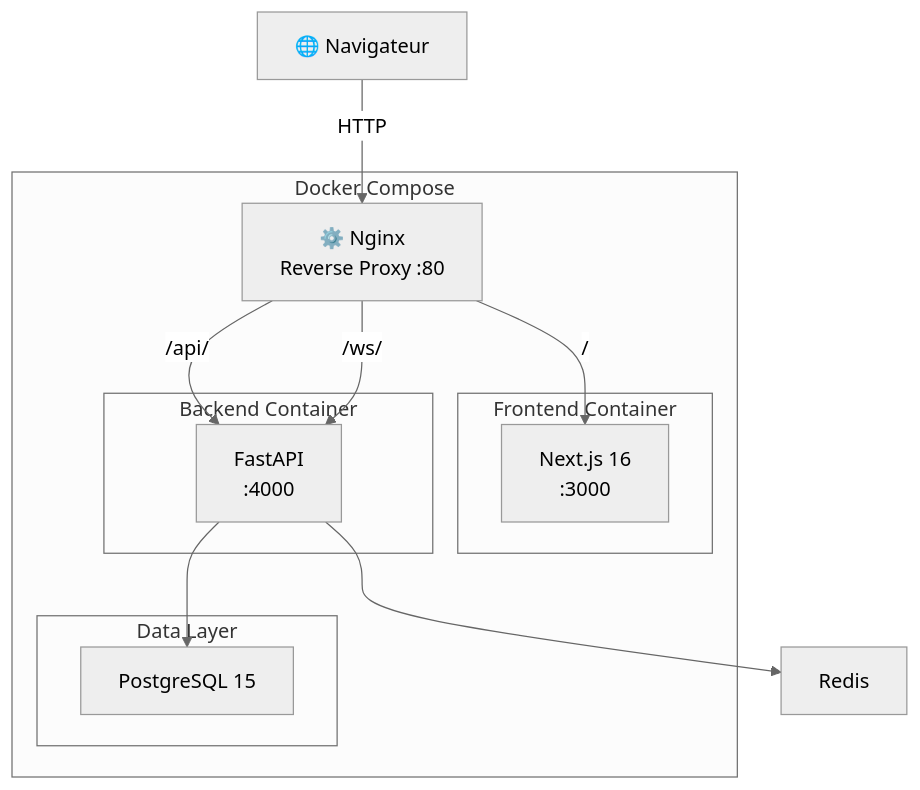
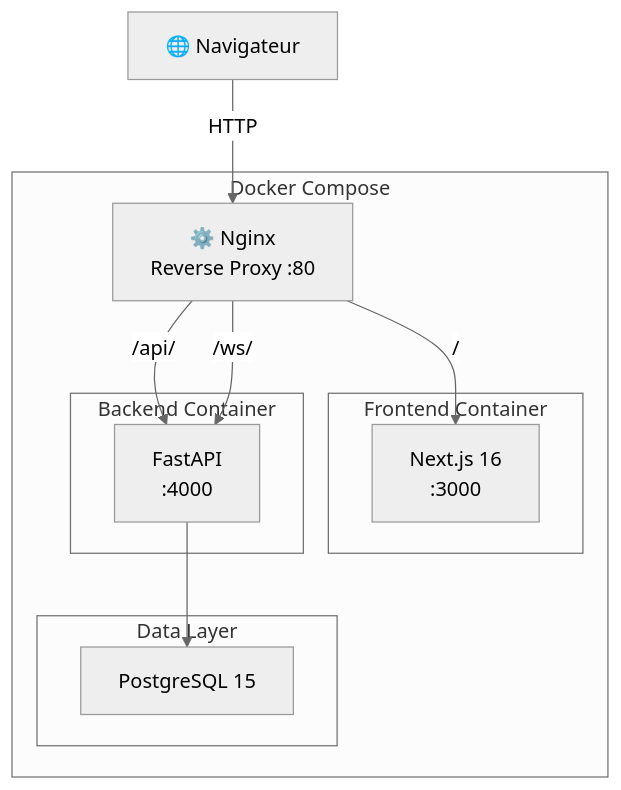
Before and after one commit to Abdel1117/Crypto_News: the diagram in README.md, drawn with Mermaid (neutral theme).

Commit message:
Remove Redis from data flow diagram
Removed Redis from the data flow diagram in README.

````diff
--- a/README.md
+++ b/README.md
@@ -45,27 +45,26 @@
 ```mermaid
 graph TB
     Browser["🌐 Navigateur"]
 
     subgraph Docker["Docker Compose"]
         Nginx["⚙️ Nginx\nReverse Proxy :80"]
 
         subgraph Frontend["Frontend Container"]
             Next["Next.js 16\n:3000"]
         end
 
         subgraph Backend["Backend Container"]
             FastAPI["FastAPI\n:4000"]
         end
 
         subgraph Data["Data Layer"]
             PG["PostgreSQL 15"]
         end
     end
 
     Browser -->|HTTP| Nginx
     Nginx -->|"/"| Next
     Nginx -->|"/api/"| FastAPI
     Nginx -->|"/ws/"| FastAPI
     FastAPI --> PG
-    FastAPI --> Redis
 ```
````
